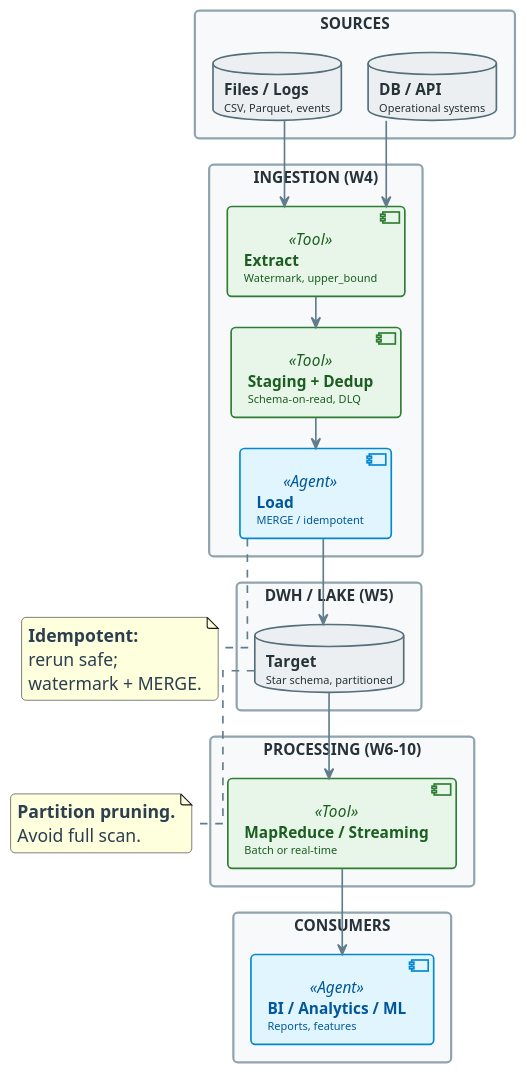
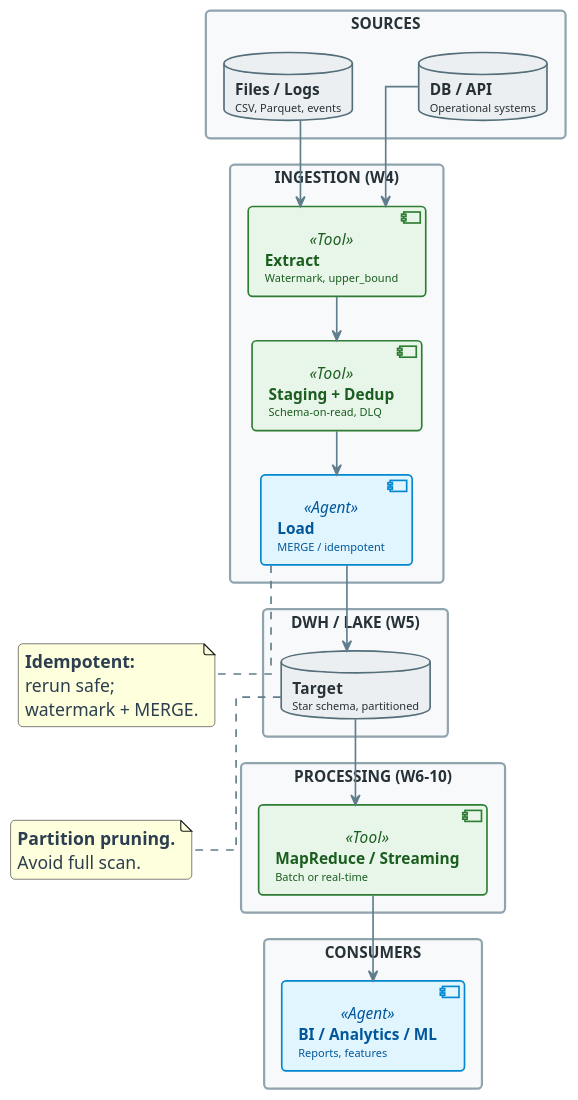
The diagram in diagrams/week14/week14_lecture_slide11_course_pipeline_overview.puml (OrPerets/data-engineering-course), drawn with PlantUML before and after one commit. The commit also changed 304 other files, not shown here.

```diff
--- a/diagrams/week14/week14_lecture_slide11_course_pipeline_overview.puml
+++ b/diagrams/week14/week14_lecture_slide11_course_pipeline_overview.puml
@@ -1,169 +1,169 @@
 @startuml
 '=================================================
 ' CANONICAL DIAGRAM TEMPLATE - DATA ENGINEERING
 '=================================================
 
 top to bottom direction
 skinparam linetype ortho
 skinparam shadowing false
 skinparam roundcorner 8
 skinparam handwritten false
-skinparam nodesep 24
-skinparam ranksep 28
+skinparam nodesep 60
+skinparam ranksep 40
 
 '-------------------------
 ' FONT & GLOBAL STYLE
 '-------------------------
 skinparam defaultFontName "Segoe UI, Helvetica, sans-serif"
 skinparam defaultFontSize 16
 skinparam defaultFontColor #2C3E50
 
 '-------------------------
 ' GENERIC BOX STYLE
 '-------------------------
 skinparam rectangle {
     BackgroundColor #F8F9FA
     BorderColor #90A4AE
     BorderThickness 2
     FontColor #263238
     FontSize 14
     FontStyle bold
     Padding 20
 }
 
 skinparam component {
     BackgroundColor #FFFFFF
     BorderColor #78909C
     BorderThickness 1.5
     FontSize 14
     Padding 12
 }
 
 skinparam database {
     BackgroundColor #ECEFF1
     BorderColor #546E7A
     BorderThickness 1.5
     FontSize 14
     FontColor #263238
 }
 
 skinparam arrow {
     Color #607D8B
     Thickness 1.5
     FontSize 11
     FontColor #546E7A
 }
 
 '-------------------------
 ' SEMANTIC STEREOTYPES
 '-------------------------
 skinparam component<<UI>> {
     BorderColor #8E24AA
     BackgroundColor #F3E5F5
     FontColor #4A148C
 }
 
 skinparam component<<Agent>> {
     BorderColor #0288D1
     BackgroundColor #E1F5FE
     FontColor #01579B
 }
 
 skinparam component<<Tool>> {
     BorderColor #2E7D32
     BackgroundColor #E8F5E9
     FontColor #1B5E20
 }
 
 skinparam component<<Config>> {
     BorderColor #F57C00
     BackgroundColor #FFF3E0
     FontColor #E65100
 }
 
 skinparam component<<Bad>> {
     BorderColor #C62828
     BackgroundColor #FFEBEE
     FontColor #B71C1C
 }
 
 skinparam component<<V1>> {
     BorderColor #F57C00
     BackgroundColor #FFF3E0
     FontColor #E65100
 }
 
 skinparam component<<V2>> {
     BorderColor #2E7D32
     BackgroundColor #E8F5E9
     FontColor #1B5E20
 }
 
 skinparam component<<up>> {
     BackgroundColor #E8F5E9
     BorderColor #2E7D32
 }
 
 skinparam component<<down>> {
     BackgroundColor #FFEBEE
     BorderColor #C62828
 }
 
 skinparam database<<up>> {
     BackgroundColor #E8F5E9
     BorderColor #2E7D32
 }
 
 skinparam database<<down>> {
     BackgroundColor #FFEBEE
     BorderColor #C62828
 }
 
 skinparam component<<success>> {
     BackgroundColor #E8F5E9
     BorderColor #2E7D32
 }
 
 skinparam component<<failure>> {
     BackgroundColor #FFEBEE
     BorderColor #C62828
 }
 
 '=================================================
 
 ' FULL COURSE PIPELINE OVERVIEW
 rectangle "SOURCES" #F8F9FA {
     database "**DB / API**\n<size:10>Operational systems</size>" as SRC1
     database "**Files / Logs**\n<size:10>CSV, Parquet, events</size>" as SRC2
 }
 
 rectangle "INGESTION (W4)" #F8F9FA {
     component "**Extract**\n<size:10>Watermark, upper_bound</size>" as EXTRACT <<Tool>>
     component "**Staging + Dedup**\n<size:10>Schema-on-read, DLQ</size>" as STAGING <<Tool>>
     component "**Load**\n<size:10>MERGE / idempotent</size>" as LOAD <<Agent>>
 }
 
 rectangle "DWH / LAKE (W5)" #F8F9FA {
     database "**Target**\n<size:10>Star schema, partitioned</size>" as TARGET
 }
 
 rectangle "PROCESSING (W6–10)" #F8F9FA {
     component "**MapReduce / Streaming**\n<size:10>Batch or real-time</size>" as PROC <<Tool>>
 }
 
 rectangle "CONSUMERS" #F8F9FA {
     component "**BI / Analytics / ML**\n<size:10>Reports, features</size>" as CONS <<Agent>>
 }
 
 SRC1 --> EXTRACT
 SRC2 --> EXTRACT
 EXTRACT --> STAGING
 STAGING --> LOAD
 LOAD --> TARGET
 TARGET --> PROC
 PROC --> CONS
 
 note bottom of LOAD : **Idempotent:**\nrerun safe;\nwatermark + MERGE.
 note bottom of TARGET : **Partition pruning.**\nAvoid full scan.
 
 @enduml
```
